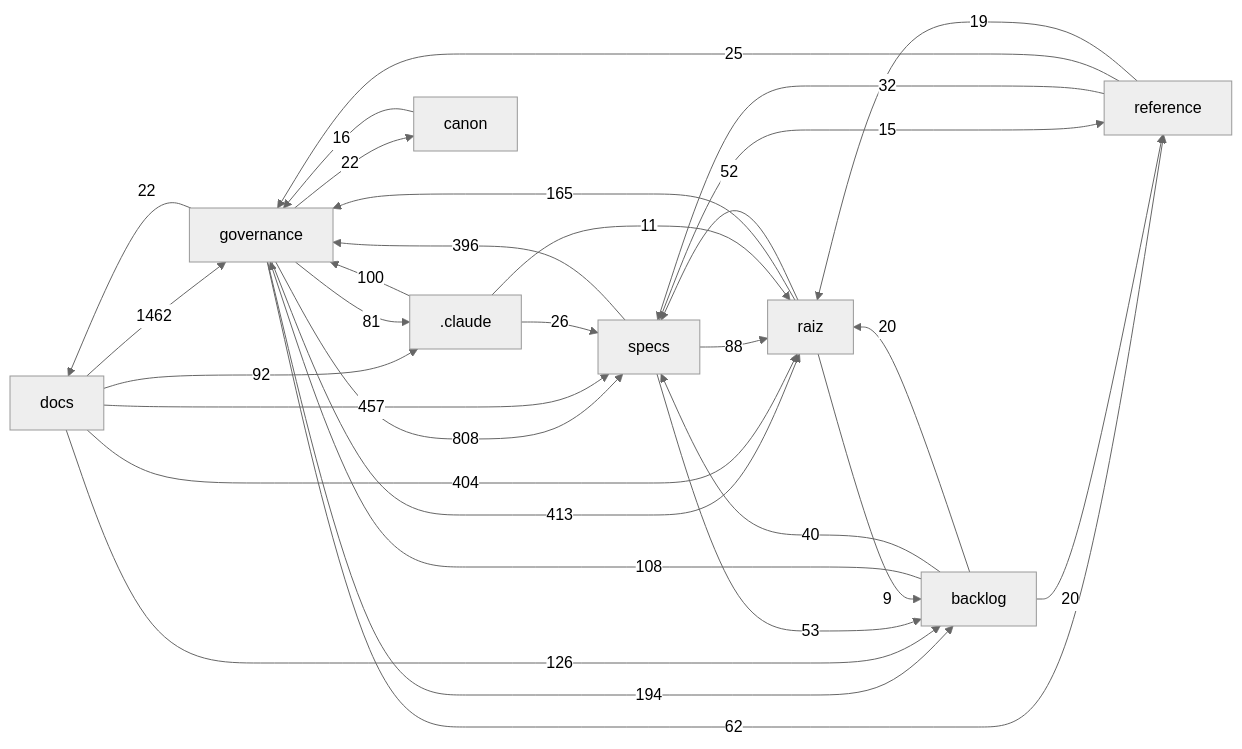
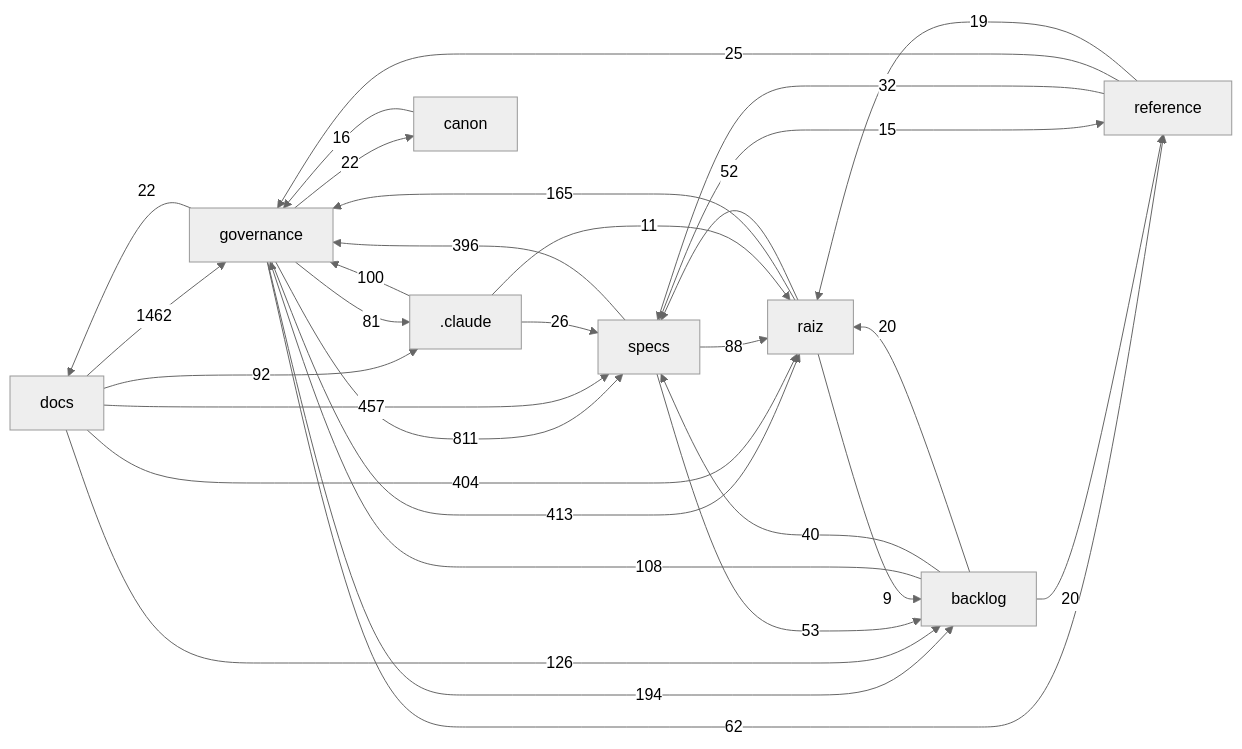
One commit to Andraus35/Sistema-Operacional-de-Trading--SOT changed the diagram in docs/mapa/MAPA-PROJETO.md. Above: the diagram before and after it, drawn with Mermaid (neutral theme). The commit also changed other lines of this file and 4 other files, not shown here.

````diff
--- a/docs/mapa/MAPA-PROJETO.md
+++ b/docs/mapa/MAPA-PROJETO.md
@@ -29,33 +29,33 @@
 ```mermaid
 flowchart LR
   docs["docs"] -->|1462| governance["governance"]
-  governance["governance"] -->|808| specs["specs"]
+  governance["governance"] -->|811| specs["specs"]
   docs["docs"] -->|457| specs["specs"]
   governance["governance"] -->|413| raiz["raiz"]
   docs["docs"] -->|404| raiz["raiz"]
   specs["specs"] -->|396| governance["governance"]
   governance["governance"] -->|194| backlog["backlog"]
   raiz["raiz"] -->|165| governance["governance"]
   docs["docs"] -->|126| backlog["backlog"]
   backlog["backlog"] -->|108| governance["governance"]
   _claude[".claude"] -->|100| governance["governance"]
   docs["docs"] -->|92| _claude[".claude"]
   specs["specs"] -->|88| raiz["raiz"]
   governance["governance"] -->|81| _claude[".claude"]
   governance["governance"] -->|62| reference["reference"]
   specs["specs"] -->|53| backlog["backlog"]
   raiz["raiz"] -->|52| specs["specs"]
   backlog["backlog"] -->|40| specs["specs"]
   reference["reference"] -->|32| specs["specs"]
   _claude[".claude"] -->|26| specs["specs"]
   reference["reference"] -->|25| governance["governance"]
   governance["governance"] -->|22| docs["docs"]
   governance["governance"] -->|22| canon["canon"]
   backlog["backlog"] -->|20| raiz["raiz"]
   backlog["backlog"] -->|20| reference["reference"]
   reference["reference"] -->|19| raiz["raiz"]
   canon["canon"] -->|16| governance["governance"]
   specs["specs"] -->|15| reference["reference"]
   _claude[".claude"] -->|11| raiz["raiz"]
   raiz["raiz"] -->|9| backlog["backlog"]
 ```
````
